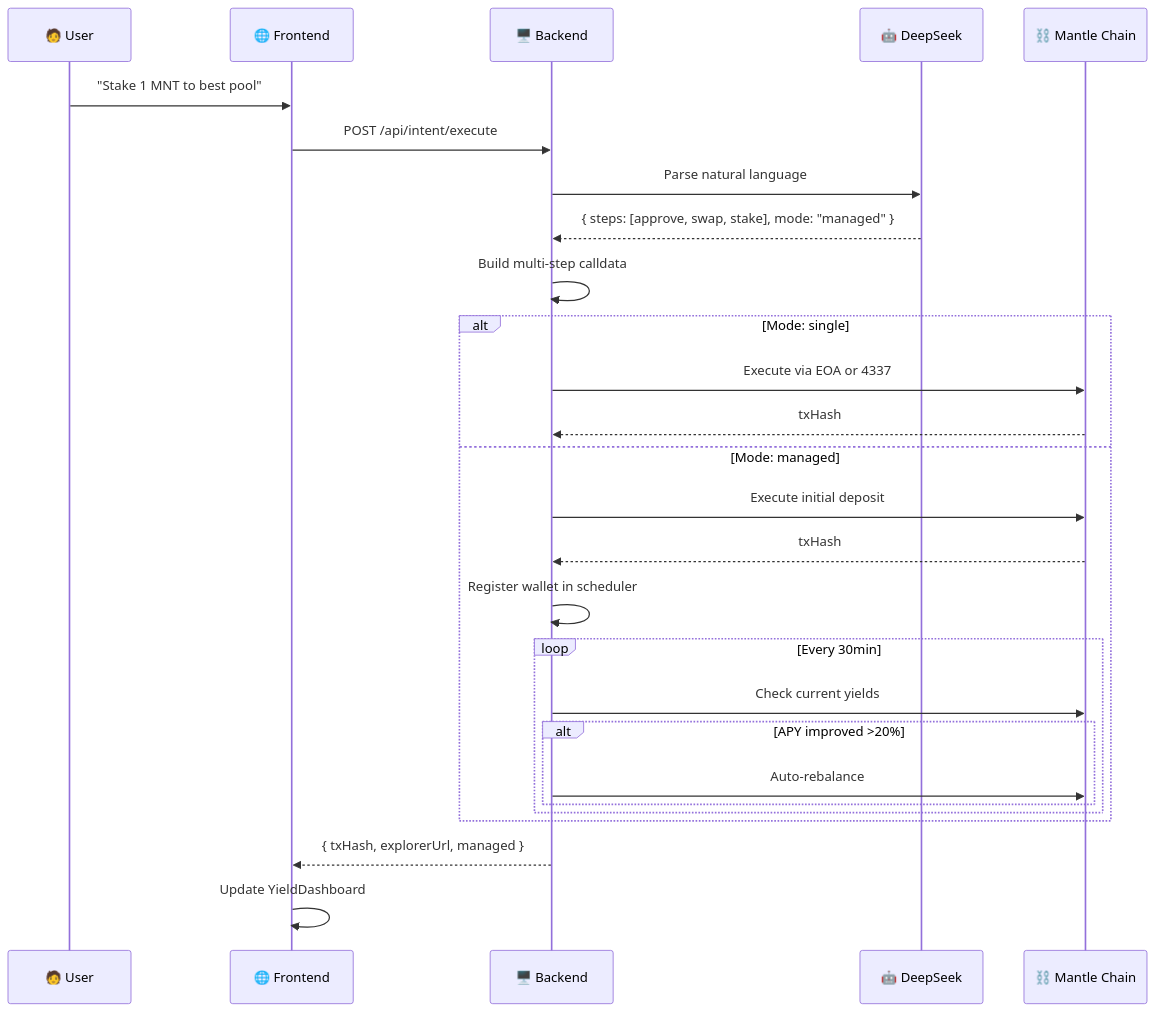
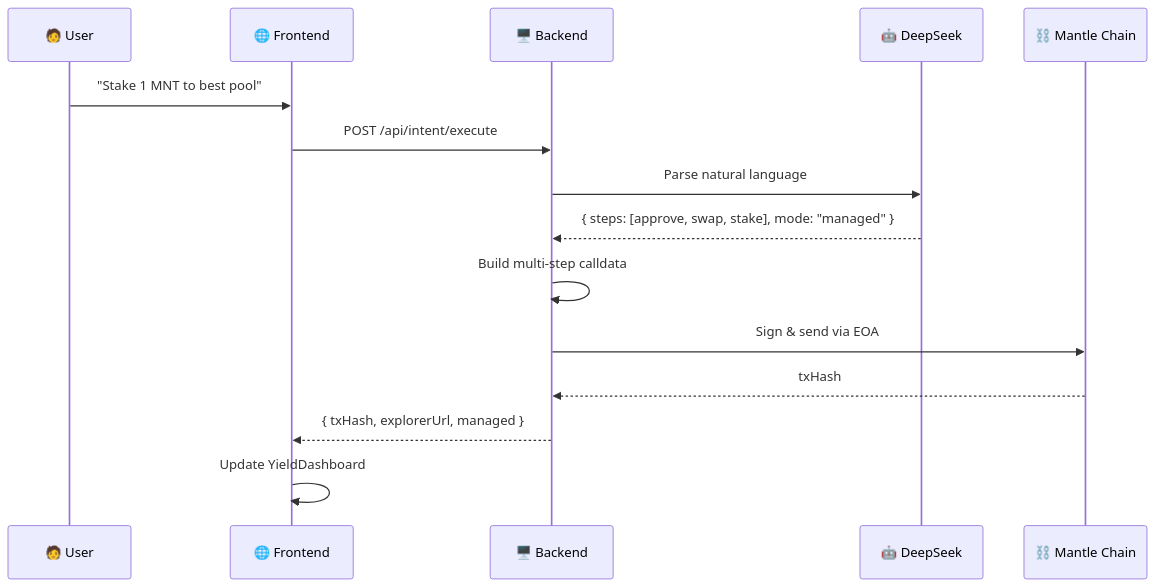
Before and after one commit to cxllllllllll28/payfilp: the second of 4 diagrams in README.md, drawn with Mermaid. The commit also changed other lines of this file and 6 other files, not shown here.

````diff
--- a/README.md
+++ b/README.md
@@ -189,30 +174,18 @@
 ```mermaid
 sequenceDiagram
     participant U as 🧑 User
     participant F as 🌐 Frontend
     participant B as 🖥️ Backend
     participant AI as 🤖 DeepSeek
     participant BC as ⛓️ Mantle Chain
 
     U->>F: "Stake 1 MNT to best pool"
     F->>B: POST /api/intent/execute
     B->>AI: Parse natural language
     AI-->>B: { steps: [approve, swap, stake], mode: "managed" }
     B->>B: Build multi-step calldata
-    alt Mode: single
-        B->>BC: Execute via EOA or 4337
-        BC-->>B: txHash
-    else Mode: managed
-        B->>BC: Execute initial deposit
-        BC-->>B: txHash
-        B->>B: Register wallet in scheduler
-        loop Every 30min
-            B->>BC: Check current yields
-            alt APY improved >20%
-                B->>BC: Auto-rebalance
-            end
-        end
-    end
+    B->>BC: Sign & send via EOA
+    BC-->>B: txHash
     B-->>F: { txHash, explorerUrl, managed }
     F->>F: Update YieldDashboard
 ```
````
